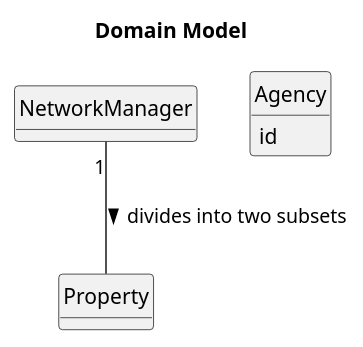
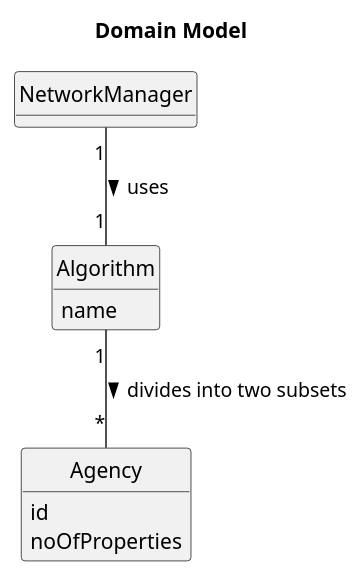
The diagram in docs/sprintD/us019/02.analysis/puml/us019-domain-model.puml (Goncalves2525/real-estate-management-system), drawn with PlantUML before and after one commit. The commit also changed 31 other files, not shown here.

```diff
--- a/docs/sprintD/us019/02.analysis/puml/us019-domain-model.puml
+++ b/docs/sprintD/us019/02.analysis/puml/us019-domain-model.puml
@@ -1,27 +1,30 @@
 @startuml
 skinparam monochrome true
 skinparam packageStyle rectangle
 skinparam shadowing false
 
 skinparam classAttributeIconSize 0
 
 hide circle
 hide methods
 
 title Domain Model
 
 class NetworkManager {
 
 }
 
 class Agency{
     id
+    noOfProperties
 }
 
-class Property{
-
+class Algorithm{
+    name
 }
 
-NetworkManager "1" -- Property : divides into two subsets >
+'NetworkManager "1" -- Property : divides into two subsets >
+Algorithm "1" -- "*" Agency : divides into two subsets >
+NetworkManager "1" -- "1"Algorithm : uses >
 
 @enduml
```
